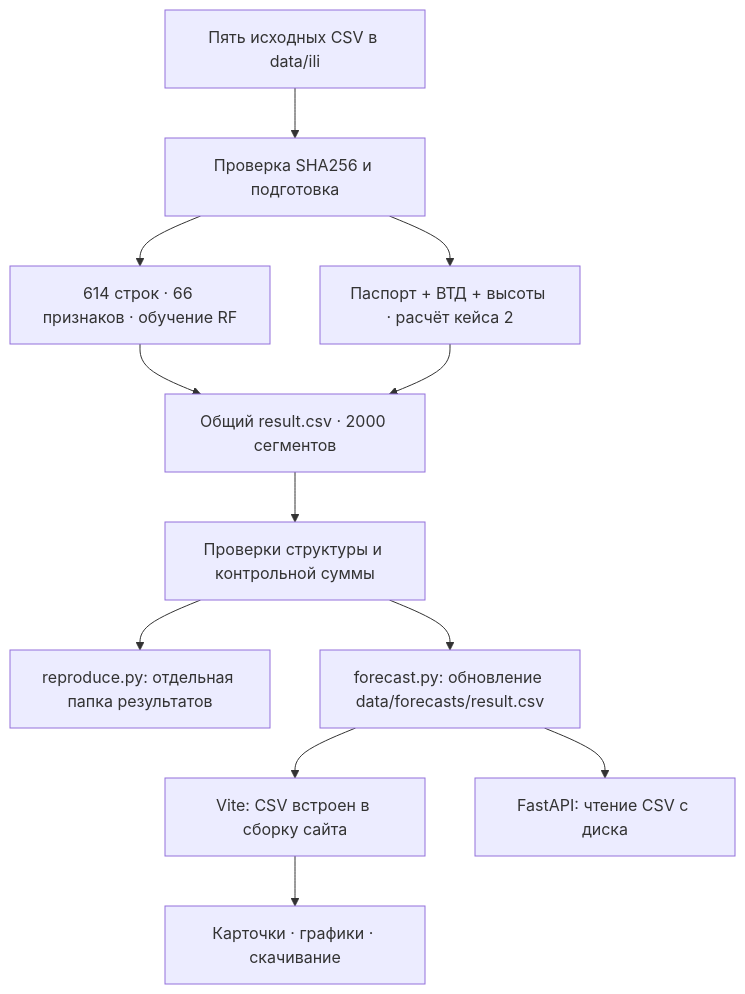
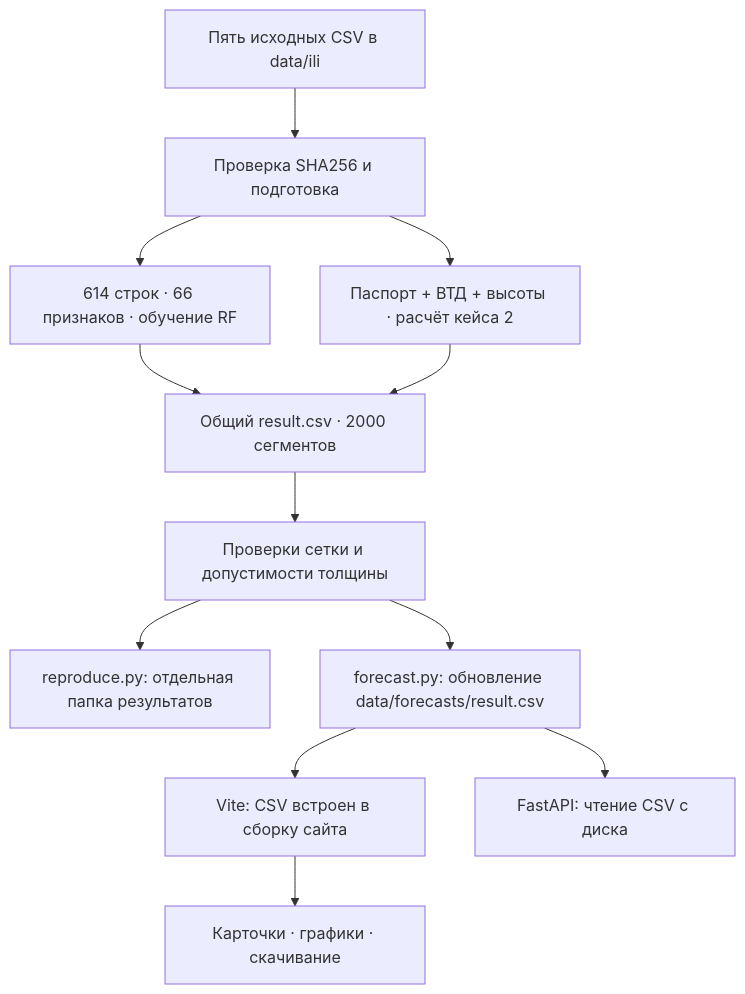
One commit to alviny11/nedra changed the diagram in README.md. Above: the diagram before and after it, drawn with Mermaid. The commit also changed other lines of this file and 10 other files, not shown here.

````diff
--- a/README.md
+++ b/README.md
@@ -91,14 +91,14 @@
 ```mermaid
 flowchart TD
     A[Пять исходных CSV в data/ili] --> B[Проверка SHA256 и подготовка]
     B --> C[614 строк · 66 признаков · обучение RF]
     B --> D[Паспорт + ВТД + высоты · расчёт кейса 2]
     C --> E[Общий result.csv · 2000 сегментов]
     D --> E
-    E --> F[Проверки структуры и контрольной суммы]
+    E --> F[Проверки сетки и допустимости толщины]
     F --> G[reproduce.py: отдельная папка результатов]
     F --> H[forecast.py: обновление data/forecasts/result.csv]
     H --> I[Vite: CSV встроен в сборку сайта]
     H --> J[FastAPI: чтение CSV с диска]
     I --> K[Карточки · графики · скачивание]
 ```
````
